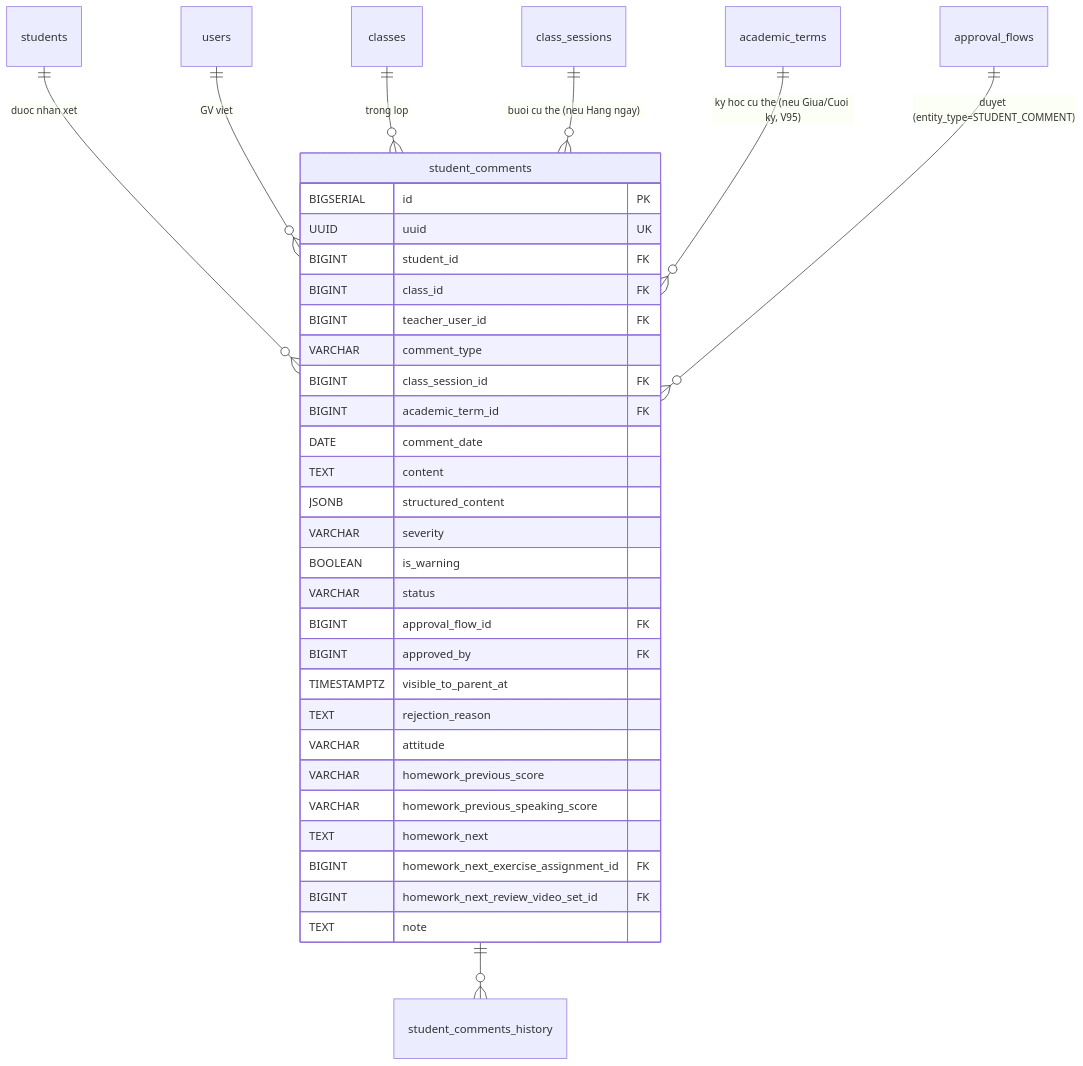
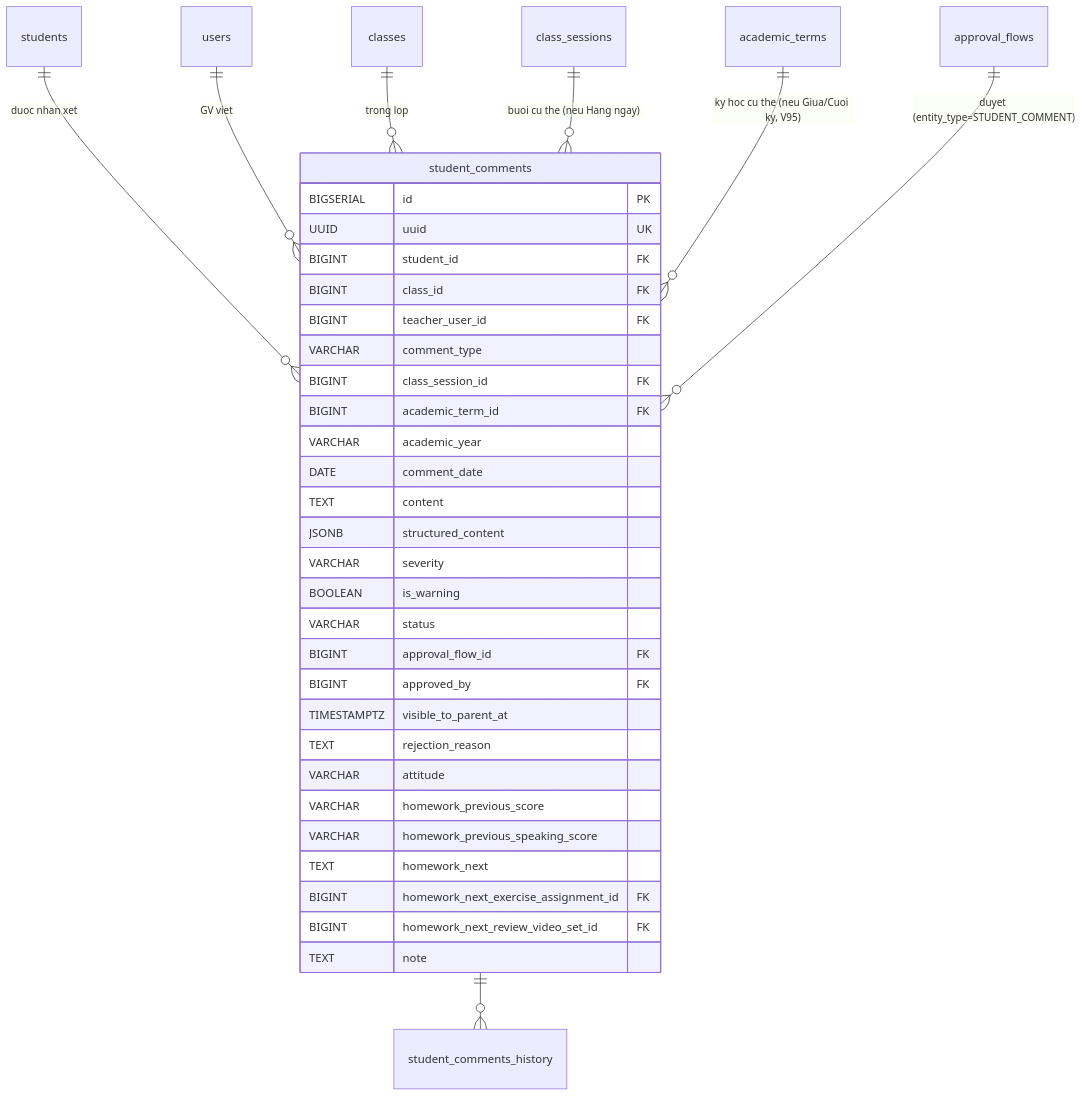
One commit to langtuananh2424/pps-education changed the fourth of 4 diagrams in docs/sdd-groups/06-hoc-thuat.md. Above: the diagram before and after it, drawn with Mermaid. The commit also changed other lines of this file and 52 other files, not shown here.

````diff
--- a/docs/sdd-groups/06-hoc-thuat.md
+++ b/docs/sdd-groups/06-hoc-thuat.md
@@ -1265,39 +1296,40 @@
 ```mermaid
 erDiagram
     students ||--o{ student_comments : "duoc nhan xet"
     users ||--o{ student_comments : "GV viet"
     classes ||--o{ student_comments : "trong lop"
     class_sessions ||--o{ student_comments : "buoi cu the (neu Hang ngay)"
     academic_terms ||--o{ student_comments : "ky hoc cu the (neu Giua/Cuoi ky, V95)"
 
     student_comments ||--o{ student_comments_history : ""
     approval_flows ||--o{ student_comments : "duyet (entity_type=STUDENT_COMMENT)"
 
     student_comments {
         BIGSERIAL id PK
         UUID uuid UK
         BIGINT student_id FK
         BIGINT class_id FK
         BIGINT teacher_user_id FK
         VARCHAR comment_type
         BIGINT class_session_id FK
         BIGINT academic_term_id FK
+        VARCHAR academic_year
         DATE comment_date
         TEXT content
         JSONB structured_content
         VARCHAR severity
         BOOLEAN is_warning
         VARCHAR status
         BIGINT approval_flow_id FK
         BIGINT approved_by FK
         TIMESTAMPTZ visible_to_parent_at
         TEXT rejection_reason
         VARCHAR attitude
         VARCHAR homework_previous_score
         VARCHAR homework_previous_speaking_score
         TEXT homework_next
         BIGINT homework_next_exercise_assignment_id FK
         BIGINT homework_next_review_video_set_id FK
         TEXT note
     }
 ```
````
